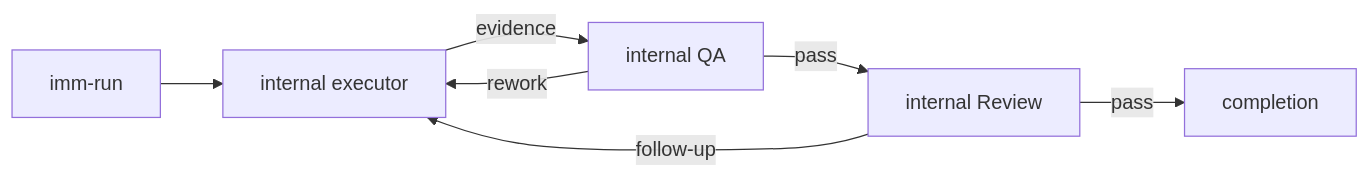
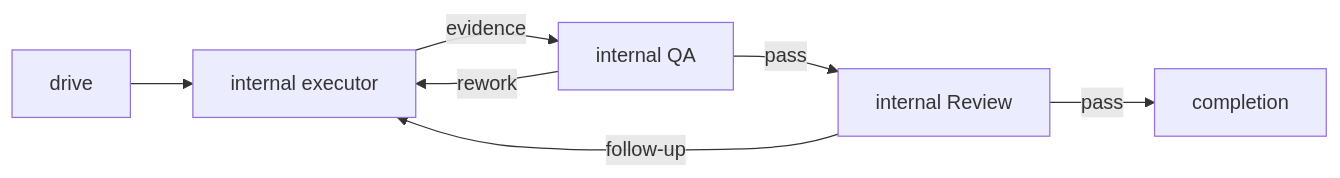
Before and after one commit to dereknex/immune-brain: the second of 2 diagrams in plugins/immune-brain/README.md, drawn with Mermaid. The commit also changed other lines of this file and 175 other files, not shown here.

````diff
--- a/plugins/immune-brain/README.md
+++ b/plugins/immune-brain/README.md
@@ -61,9 +61,9 @@
 ```mermaid
 flowchart LR
-  loop[imm-run] --> executor[internal executor]
+  loop[drive] --> executor[internal executor]
   executor -->|evidence| qa[internal QA]
   qa -->|pass| review[internal Review]
   qa -->|rework| executor
   review -->|follow-up| executor
   review -->|pass| done[completion]
 ```
````
